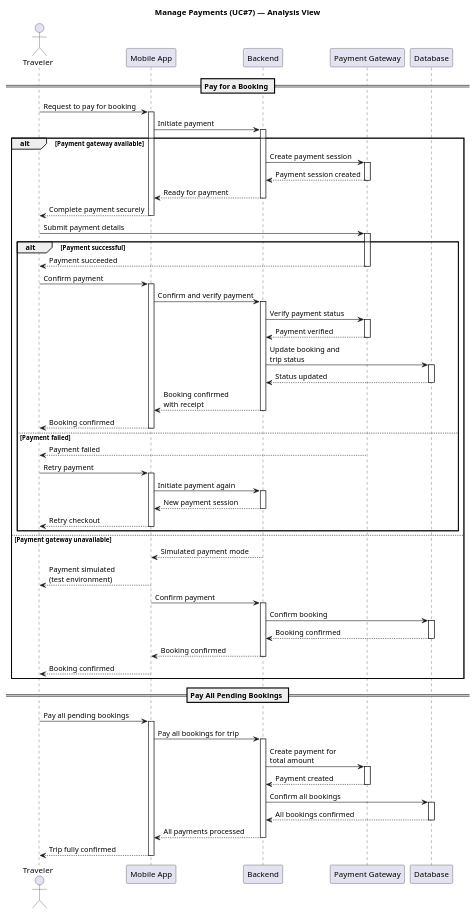
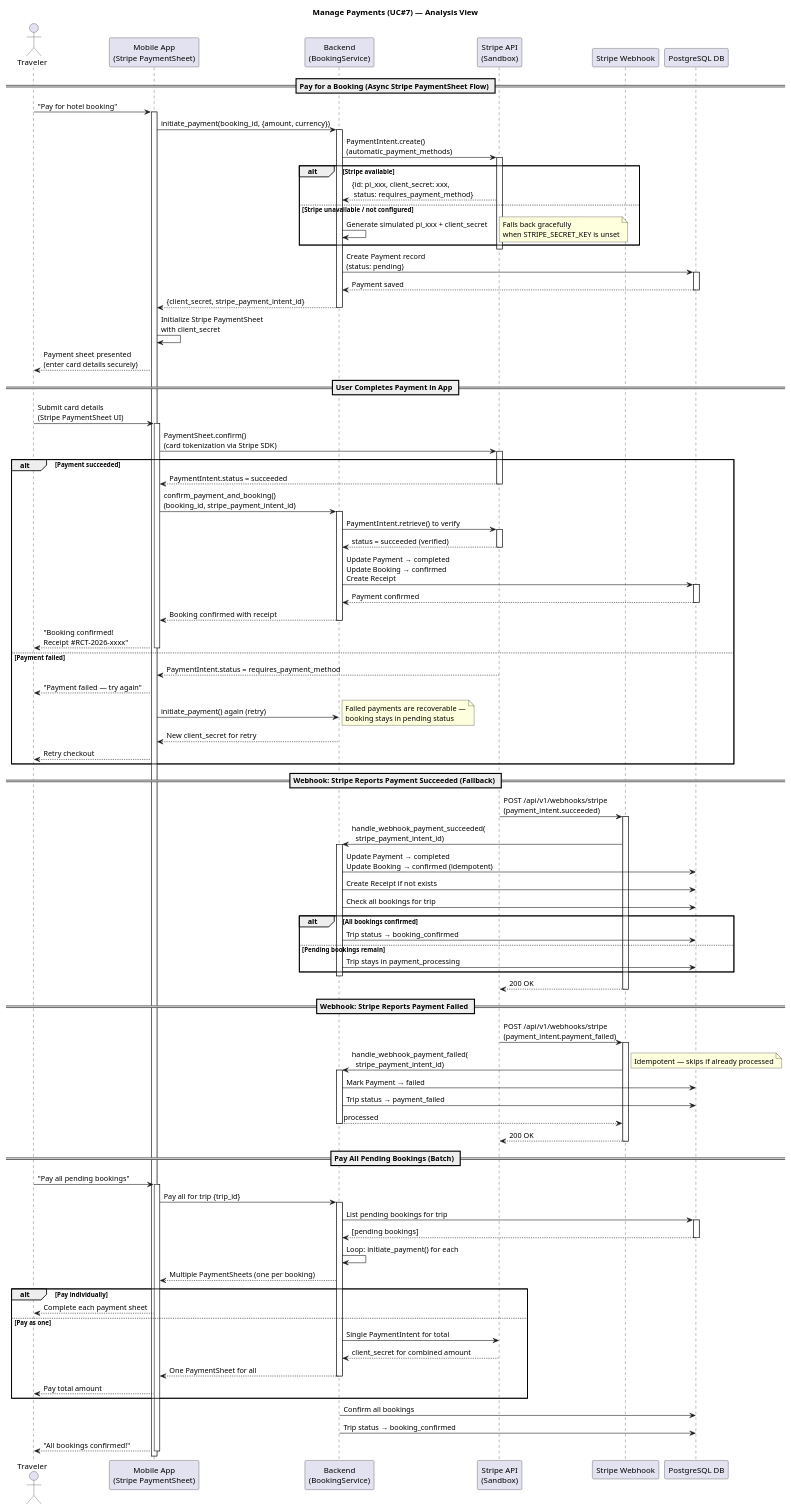
Before and after one commit to AbdelrahmanMostafa33/TourMate-AI: the diagram in docs/Diagrams/sequence_payment_management.puml, drawn with PlantUML. The commit also changed 50 other files, not shown here.

First line of the commit message:
docs: refresh diagrams and add app screenshots

```diff
--- a/docs/Diagrams/sequence_payment_management.puml
+++ b/docs/Diagrams/sequence_payment_management.puml
@@ -1,114 +1,154 @@
 @startuml Payment_Management_Flow
 title Manage Payments (UC#7) — Analysis View
 
 actor Traveler
-participant "Mobile App" as App
-participant "Backend" as Backend
-participant "Payment Gateway" as Stripe
-participant "Database" as DB
+participant "Mobile App\n(Stripe PaymentSheet)" as App
+participant "Backend\n(BookingService)" as Backend
+participant "Stripe API\n(Sandbox)" as Stripe
+participant "Stripe Webhook" as Webhook
+participant "PostgreSQL DB" as DB
 
-== Pay for a Booking ==
+== Pay for a Booking (Async Stripe PaymentSheet Flow) ==
 
-Traveler -> App: Request to pay for booking
+Traveler -> App: "Pay for hotel booking"
 activate App
 
-App -> Backend: Initiate payment
+App -> Backend: initiate_payment(booking_id, {amount, currency})
 activate Backend
 
-alt Payment gateway available
-  Backend -> Stripe: Create payment session
-  activate Stripe
-  Stripe --> Backend: Payment session created
+Backend -> Stripe: PaymentIntent.create()\n(automatic_payment_methods)
+activate Stripe
+
+alt Stripe available
+  Stripe --> Backend: {id: pi_xxx, client_secret: xxx,\n status: requires_payment_method}
+else Stripe unavailable / not configured
+  Backend -> Backend: Generate simulated pi_xxx + client_secret
+  note right: Falls back gracefully\nwhen STRIPE_SECRET_KEY is unset
+end
+deactivate Stripe
+
+Backend -> DB: Create Payment record\n(status: pending)
+activate DB
+DB --> Backend: Payment saved
+deactivate DB
+
+Backend --> App: {client_secret, stripe_payment_intent_id}
+deactivate Backend
+
+App -> App: Initialize Stripe PaymentSheet\nwith client_secret
+
+App --> Traveler: Payment sheet presented\n(enter card details securely)
+
+== User Completes Payment in App ==
+
+Traveler -> App: Submit card details\n(Stripe PaymentSheet UI)
+activate App
+
+App -> Stripe: PaymentSheet.confirm()\n(card tokenization via Stripe SDK)
+activate Stripe
+
+alt Payment succeeded
+  Stripe --> App: PaymentIntent.status = succeeded
   deactivate Stripe
 
-  Backend --> App: Ready for payment
+  App -> Backend: confirm_payment_and_booking()\n(booking_id, stripe_payment_intent_id)
+  activate Backend
+
+  Backend -> Stripe: PaymentIntent.retrieve() to verify
+  activate Stripe
+  Stripe --> Backend: status = succeeded (verified)
+  deactivate Stripe
+
+  Backend -> DB: Update Payment → completed\nUpdate Booking → confirmed\nCreate Receipt
+  activate DB
+  DB --> Backend: Payment confirmed
+  deactivate DB
+
+  Backend --> App: Booking confirmed with receipt
   deactivate Backend
 
-  App --> Traveler: Complete payment securely
+  App --> Traveler: "Booking confirmed!\nReceipt #RCT-2026-xxxx"
   deactivate App
 
-  Traveler -> Stripe: Submit payment details
-  activate Stripe
+else Payment failed
+  Stripe --> App: PaymentIntent.status = requires_payment_method
+  deactivate Stripe
 
-  alt Payment successful
-    Stripe --> Traveler: Payment succeeded
-    deactivate Stripe
-
-    Traveler -> App: Confirm payment
-    activate App
-    App -> Backend: Confirm and verify payment
-    activate Backend
-
-    Backend -> Stripe: Verify payment status
-    activate Stripe
-    Stripe --> Backend: Payment verified
-    deactivate Stripe
-
-    Backend -> DB: Update booking and\ntrip status
-    activate DB
-    DB --> Backend: Status updated
-    deactivate DB
-
-    Backend --> App: Booking confirmed\nwith receipt
-    deactivate Backend
-    App --> Traveler: Booking confirmed
-    deactivate App
-
-  else Payment failed
-    Stripe --> Traveler: Payment failed
-    deactivate Stripe
-
-    Traveler -> App: Retry payment
-    activate App
-    App -> Backend: Initiate payment again
-    activate Backend
-    Backend --> App: New payment session
-    deactivate Backend
-    App --> Traveler: Retry checkout
-    deactivate App
-  end
-
-else Payment gateway unavailable
-  Backend --> App: Simulated payment mode
-  deactivate Backend
-
-  App --> Traveler: Payment simulated\n(test environment)
-  deactivate App
-
-  App -> Backend: Confirm payment
-  activate Backend
-  Backend -> DB: Confirm booking
-  activate DB
-  DB --> Backend: Booking confirmed
-  deactivate DB
-  Backend --> App: Booking confirmed
-  deactivate Backend
-  App --> Traveler: Booking confirmed
-  deactivate App
+  App --> Traveler: "Payment failed — try again"
+  App -> Backend: initiate_payment() again (retry)
+  note right: Failed payments are recoverable —\nbooking stays in pending status
+  Backend --> App: New client_secret for retry
+  App --> Traveler: Retry checkout
 end
 
-== Pay All Pending Bookings ==
+== Webhook: Stripe Reports Payment Succeeded (Fallback) ==
 
-Traveler -> App: Pay all pending bookings
+Stripe -> Webhook: POST /api/v1/webhooks/stripe\n(payment_intent.succeeded)
+activate Webhook
+
+Webhook -> Backend: handle_webhook_payment_succeeded(\n  stripe_payment_intent_id)
+activate Backend
+
+Backend -> DB: Update Payment → completed\nUpdate Booking → confirmed (idempotent)
+Backend -> DB: Create Receipt if not exists
+
+Backend -> DB: Check all bookings for trip
+alt All bookings confirmed
+  Backend -> DB: Trip status → booking_confirmed
+else Pending bookings remain
+  Backend -> DB: Trip stays in payment_processing
+end
+deactivate Backend
+
+Webhook --> Stripe: 200 OK
+deactivate Webhook
+
+== Webhook: Stripe Reports Payment Failed ==
+
+Stripe -> Webhook: POST /api/v1/webhooks/stripe\n(payment_intent.payment_failed)
+activate Webhook
+
+Webhook -> Backend: handle_webhook_payment_failed(\n  stripe_payment_intent_id)
+activate Backend
+note right: Idempotent — skips if already processed
+Backend -> DB: Mark Payment → failed
+Backend -> DB: Trip status → payment_failed
+Backend --> Webhook: processed
+deactivate Backend
+
+Webhook --> Stripe: 200 OK
+deactivate Webhook
+
+== Pay All Pending Bookings (Batch) ==
+
+Traveler -> App: "Pay all pending bookings"
 activate App
 
-App -> Backend: Pay all bookings for trip
+App -> Backend: Pay all for trip {trip_id}
 activate Backend
 
-Backend -> Stripe: Create payment for\ntotal amount
-activate Stripe
-Stripe --> Backend: Payment created
-deactivate Stripe
+Backend -> DB: List pending bookings for trip
+activate DB
+DB --> Backend: [pending bookings]
+deactivate DB
+
+Backend -> Backend: Loop: initiate_payment() for each
+Backend --> App: Multiple PaymentSheets (one per booking)
+
+alt Pay individually
+  App --> Traveler: Complete each payment sheet
+else Pay as one
+  Backend -> Stripe: Single PaymentIntent for total
+  Stripe --> Backend: client_secret for combined amount
+  Backend --> App: One PaymentSheet for all
+  deactivate Backend
+  App --> Traveler: Pay total amount
+end
 
 Backend -> DB: Confirm all bookings
-activate DB
-DB --> Backend: All bookings confirmed
-deactivate DB
+Backend -> DB: Trip status → booking_confirmed
 
-Backend --> App: All payments processed
-deactivate Backend
-
-App --> Traveler: Trip fully confirmed
+App --> Traveler: "All bookings confirmed!"
 deactivate App
 
 @enduml
```
